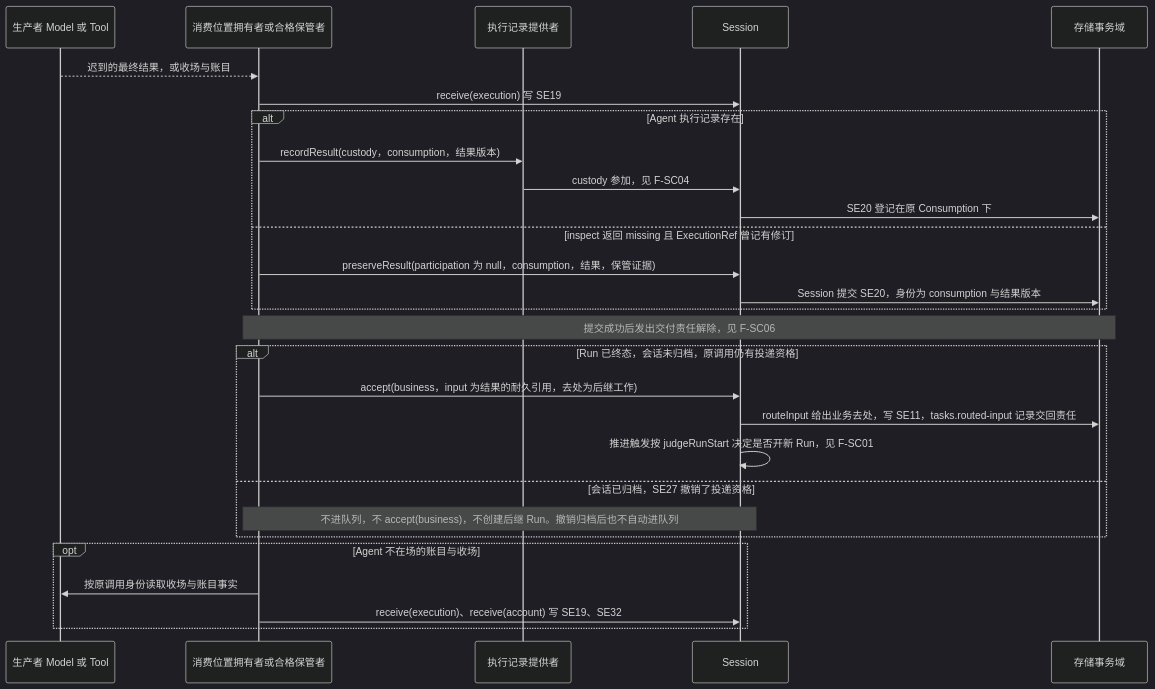
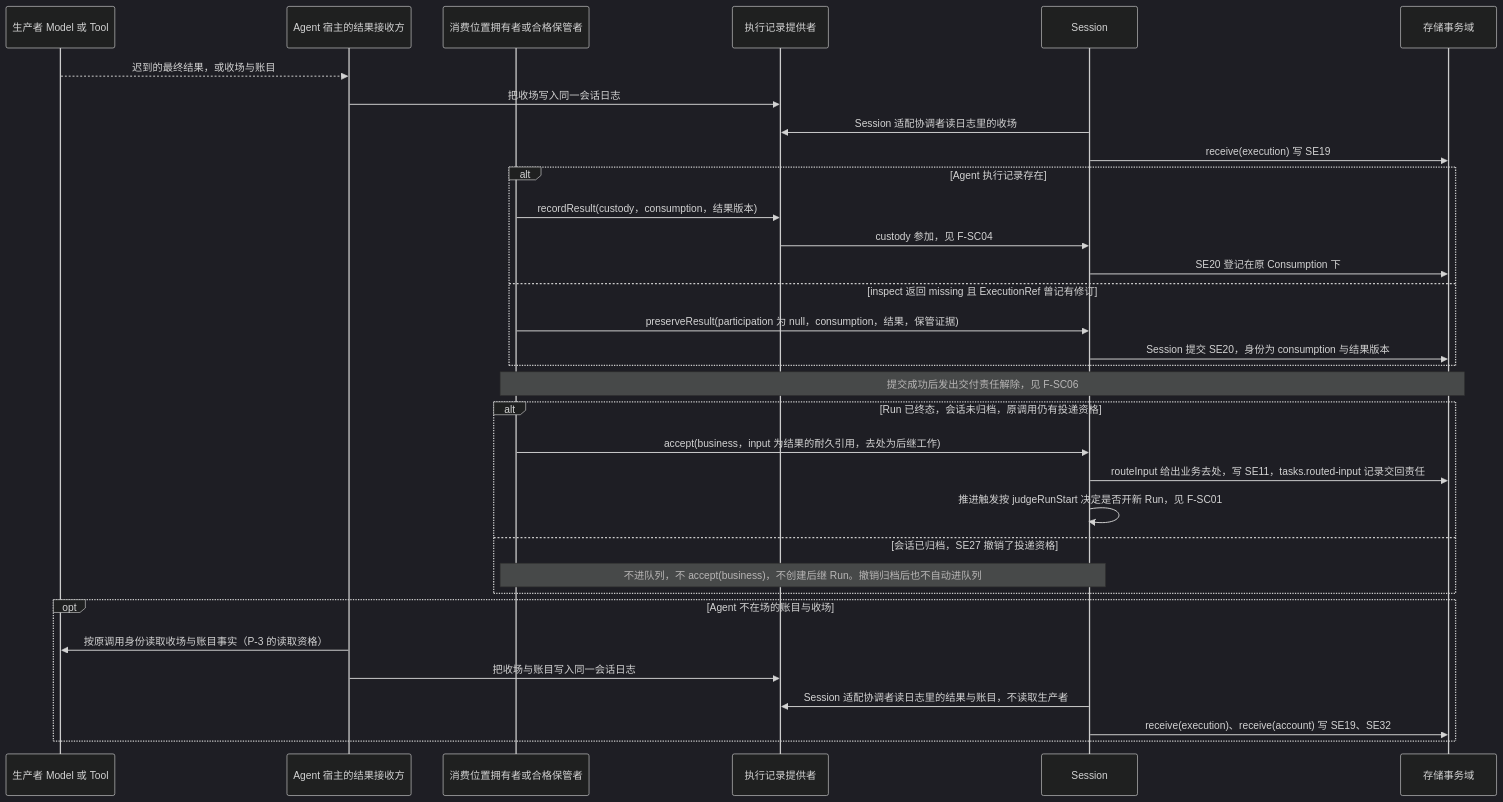
One commit to nemori-ai/omne-harness-lite changed the tenth of 16 diagrams in packages/session/session-contract/docs/flows/scenarios.md. Above: the diagram before and after it, drawn with Mermaid (dark theme). The commit also changed other lines of this file and 8 other files, not shown here.

````diff
--- a/packages/session/session-contract/docs/flows/scenarios.md
+++ b/packages/session/session-contract/docs/flows/scenarios.md
@@ -479,30 +481,35 @@
 ```mermaid
 sequenceDiagram
     participant P as 生产者 Model 或 Tool
+    participant R as Agent 宿主的结果接收方
     participant K as 消费位置拥有者或合格保管者
     participant J as 执行记录提供者
     participant S as Session
     participant D as 存储事务域
-    P-->>K: 迟到的最终结果，或收场与账目
-    K->>S: receive(execution) 写 SE19
+    P-->>R: 迟到的最终结果，或收场与账目
+    R->>J: 把收场写入同一会话日志
+    S->>J: Session 适配协调者读日志里的收场
+    S->>D: receive(execution) 写 SE19
     alt Agent 执行记录存在
         K->>J: recordResult(custody，consumption，结果版本)
         J->>S: custody 参加，见 F-SC04
         S->>D: SE20 登记在原 Consumption 下
     else inspect 返回 missing 且 ExecutionRef 曾记有修订
         K->>S: preserveResult(participation 为 null，consumption，结果，保管证据)
         S->>D: Session 提交 SE20，身份为 consumption 与结果版本
     end
     Note over K,D: 提交成功后发出交付责任解除，见 F-SC06
     alt Run 已终态，会话未归档，原调用仍有投递资格
         K->>S: accept(business，input 为结果的耐久引用，去处为后继工作)
         S->>D: routeInput 给出业务去处，写 SE11，tasks.routed-input 记录交回责任
         S->>S: 推进触发按 judgeRunStart 决定是否开新 Run，见 F-SC01
     else 会话已归档，SE27 撤销了投递资格
         Note over K,S: 不进队列，不 accept(business)，不创建后继 Run。撤销归档后也不自动进队列
     end
     opt Agent 不在场的账目与收场
-        K->>P: 按原调用身份读取收场与账目事实
-        K->>S: receive(execution)、receive(account) 写 SE19、SE32
+        R->>P: 按原调用身份读取收场与账目事实（P-3 的读取资格）
+        R->>J: 把收场与账目写入同一会话日志
+        S->>J: Session 适配协调者读日志里的结果与账目，不读取生产者
+        S->>D: receive(execution)、receive(account) 写 SE19、SE32
     end
 ```
````
